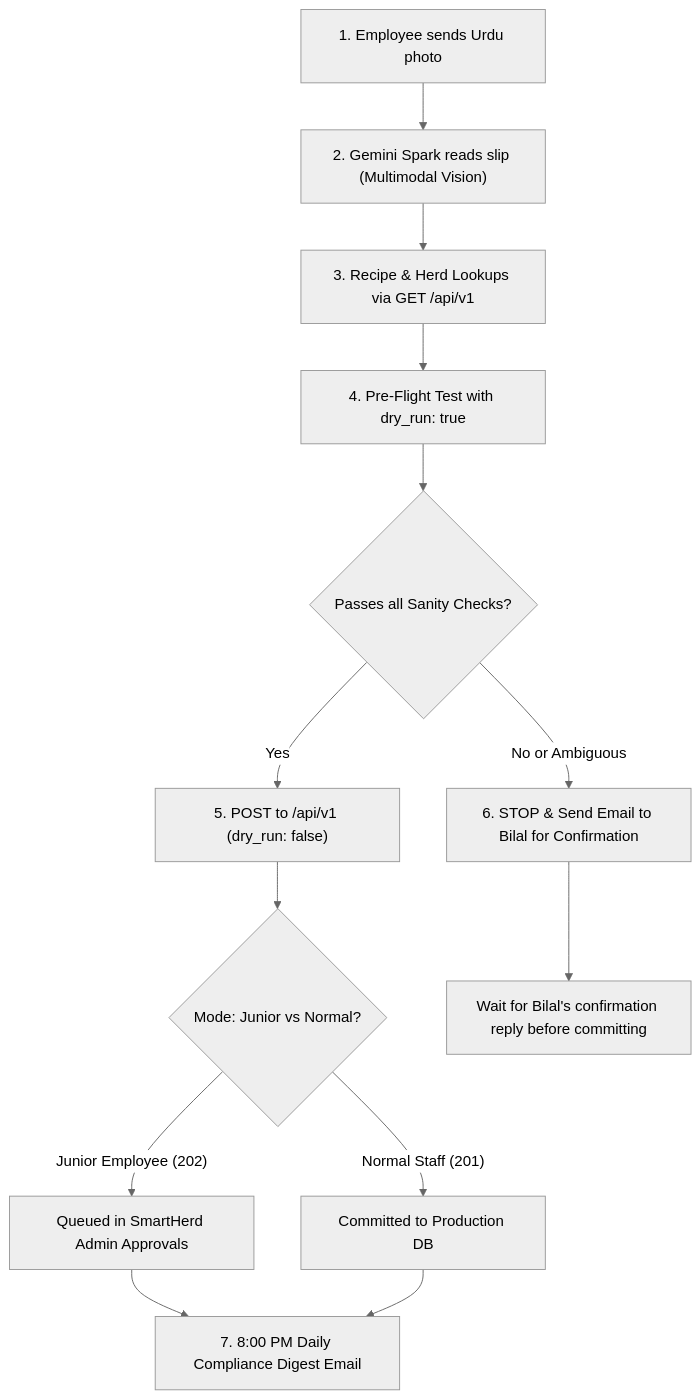
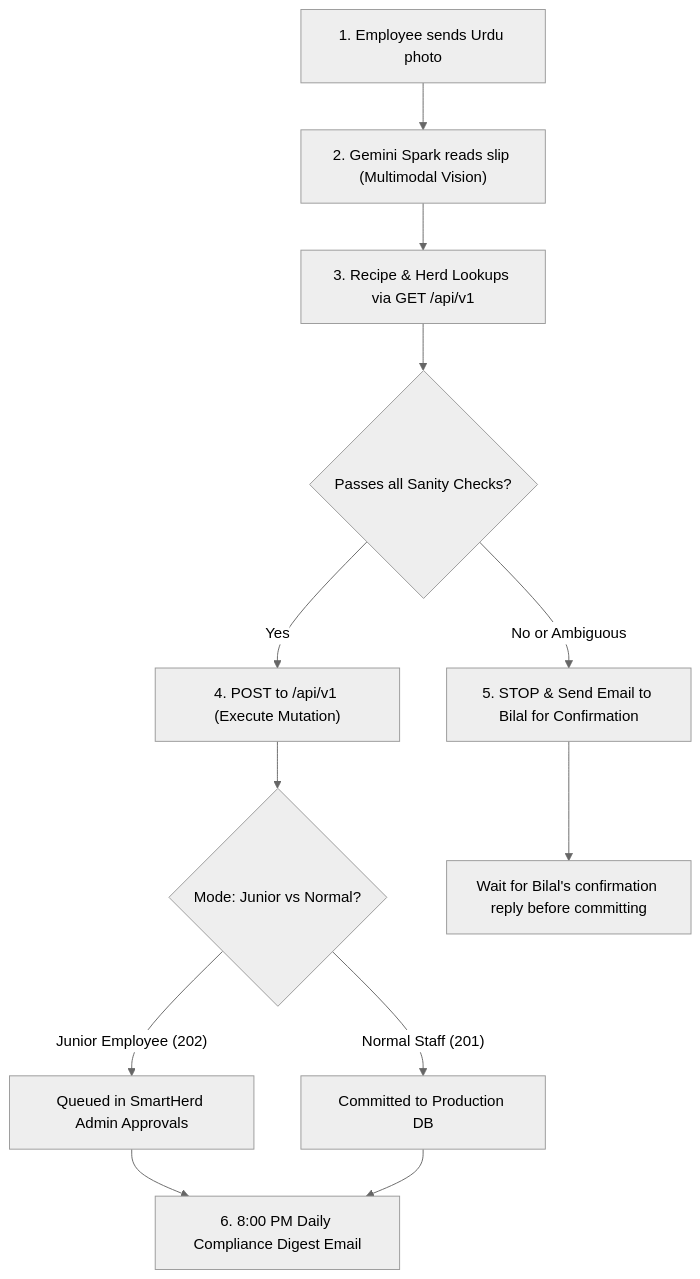
The diagram in AI_API_SPEC.md (bilalashrafshk/bafarms), drawn with Mermaid (neutral theme) before and after one commit. The commit also changed other lines of this file, not shown here.

Commit message:
docs: update AI_API_SPEC.md to align with Dashboard Home compliance, create_pen, and remove dry-run confusion

````diff
--- a/AI_API_SPEC.md
+++ b/AI_API_SPEC.md
@@ -1257,15 +1252,14 @@
 ```mermaid
 graph TD
     Photo["1. Employee sends Urdu photo"] --> SparkOCR["2. Gemini Spark reads slip (Multimodal Vision)"]
     SparkOCR --> RecipeCheck["3. Recipe & Herd Lookups via GET /api/v1"]
-    RecipeCheck --> DryRun["4. Pre-Flight Test with dry_run: true"]
-    DryRun --> Evaluation{"Passes all Sanity Checks?"}
-    Evaluation -- Yes --> Submit["5. POST to /api/v1 (dry_run: false)"]
-    Evaluation -- No or Ambiguous --> Escalate["6. STOP & Send Email to Bilal for Confirmation"]
+    RecipeCheck --> Evaluation{"Passes all Sanity Checks?"}
+    Evaluation -- Yes --> Submit["4. POST to /api/v1 (Execute Mutation)"]
+    Evaluation -- No or Ambiguous --> Escalate["5. STOP & Send Email to Bilal for Confirmation"]
     Submit --> CheckMode{"Mode: Junior vs Normal?"}
     CheckMode -- Junior Employee (202) --> Queued["Queued in SmartHerd Admin Approvals"]
     CheckMode -- Normal Staff (201) --> Committed["Committed to Production DB"]
-    Queued --> EveningReport["7. 8:00 PM Daily Compliance Digest Email"]
+    Queued --> EveningReport["6. 8:00 PM Daily Compliance Digest Email"]
     Committed --> EveningReport
     Escalate --> AwaitReply["Wait for Bilal's confirmation reply before committing"]
 ```
````
